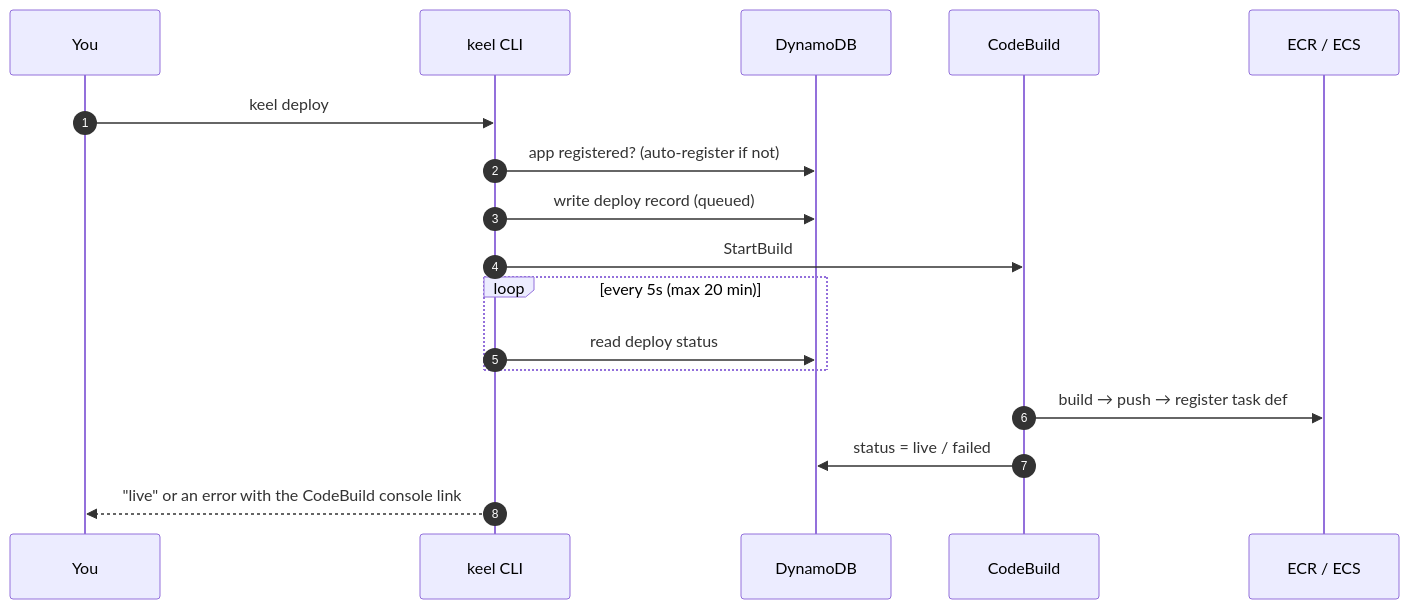
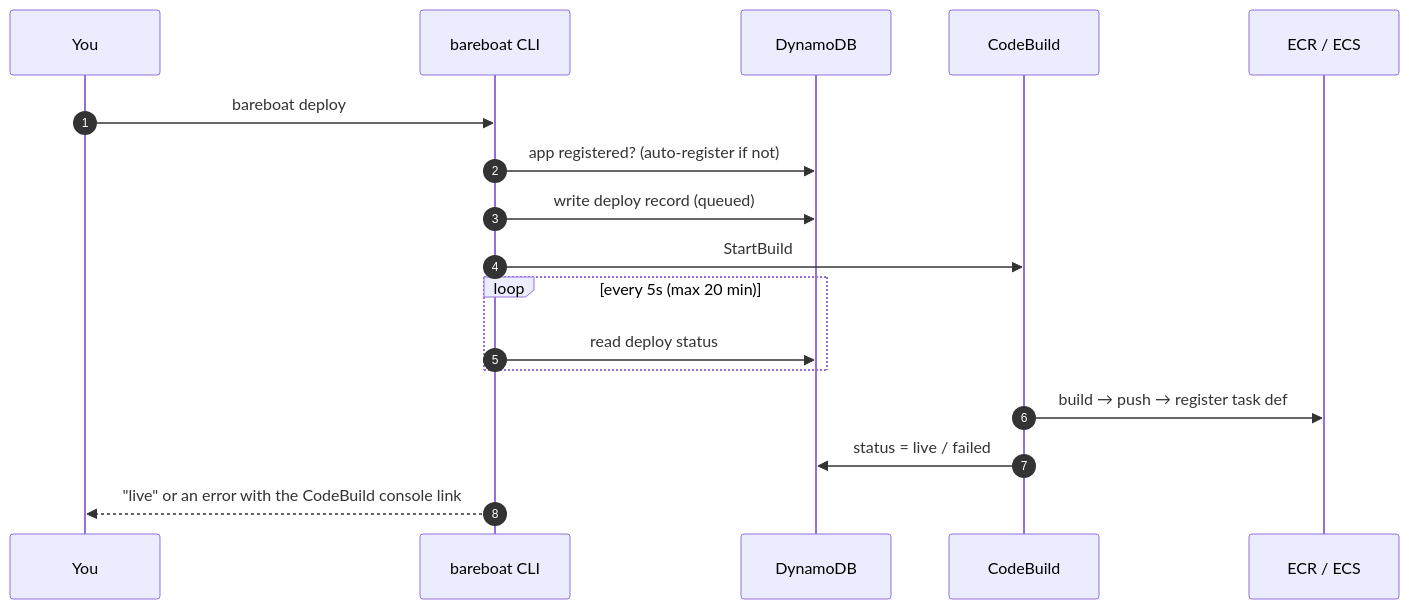
The third of 3 diagrams in docs/GUIDE.md (mayurmaed/keel), drawn with Mermaid before and after one commit. The commit also changed other lines of this file and 59 other files, not shown here.

First line of the commit message:
rename: keel -> bareboat

````diff
--- a/docs/GUIDE.md
+++ b/docs/GUIDE.md
@@ -124,20 +124,20 @@
 ```mermaid
 sequenceDiagram
     autonumber
     participant Dev as You
-    participant CLI as keel CLI
+    participant CLI as bareboat CLI
     participant DDB as DynamoDB
     participant CB as CodeBuild
     participant ECR as ECR / ECS
 
-    Dev->>CLI: keel deploy
+    Dev->>CLI: bareboat deploy
     CLI->>DDB: app registered? (auto-register if not)
     CLI->>DDB: write deploy record (queued)
     CLI->>CB: StartBuild
     loop every 5s (max 20 min)
         CLI->>DDB: read deploy status
     end
     CB->>ECR: build → push → register task def
     CB->>DDB: status = live / failed
     CLI-->>Dev: "live" or an error with the CodeBuild console link
 ```
````
